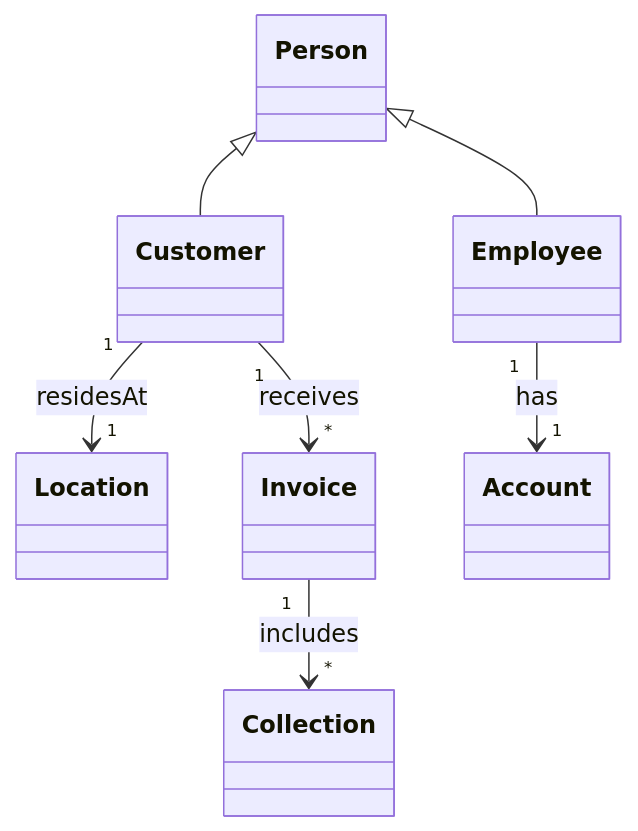
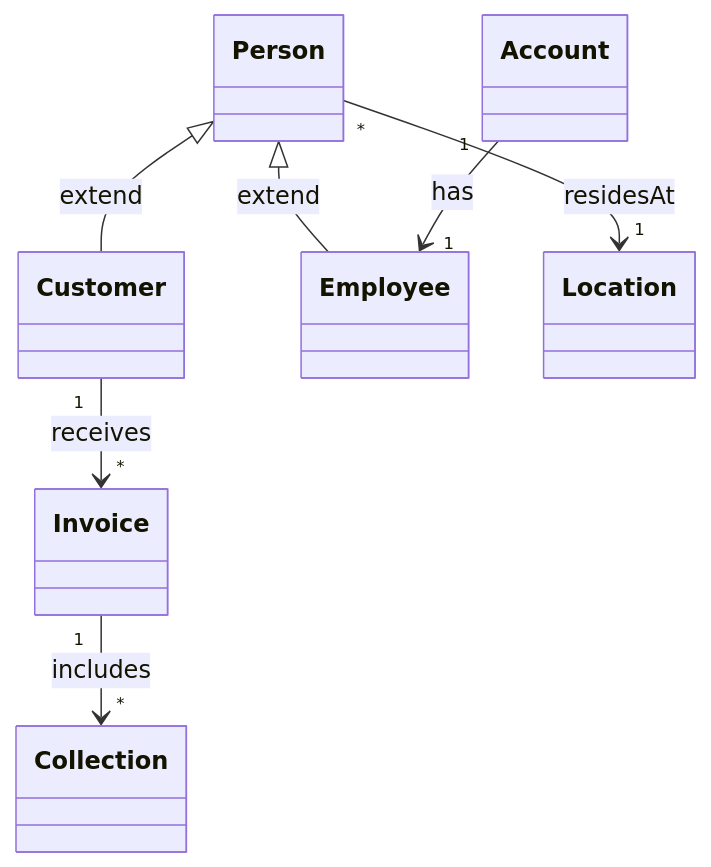
Before and after one commit to Alex-Cambrini/pss24-25-WasteMaster-Cambrini-Ferrari-Ragazzini: the first of 14 diagrams in README.md, drawn with Mermaid. The commit also changed other lines of this file, not shown here.

````diff
--- a/README.md
+++ b/README.md
@@ -92,17 +92,20 @@
 ```mermaid
 classDiagram
   class Person
   class Customer
   class Employee
   class Location
   class Invoice
   class Collection
   class Account
 
-  Person <|-- Customer
-  Person <|-- Employee
-  Customer "1" --> "1" Location : residesAt
+    %% Inheritance
+  Person <|-- Customer: extend
+  Person <|-- Employee: extend
+
+    %% Main associations
+  Person "*" --> "1" Location : residesAt
   Customer "1" --> "*" Invoice : receives
   Invoice "1" --> "*" Collection : includes
-  Employee "1" --> "1" Account : has
+  Account "1" --> "1" Employee : has
 ```
````
